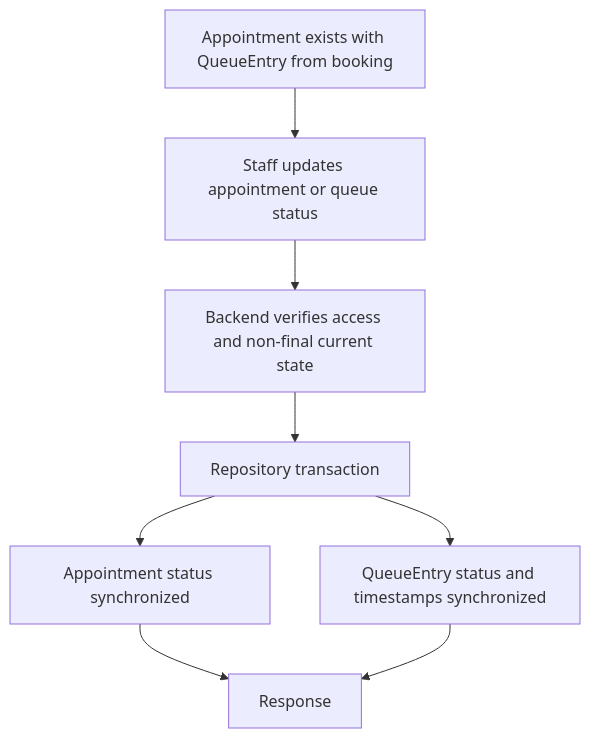
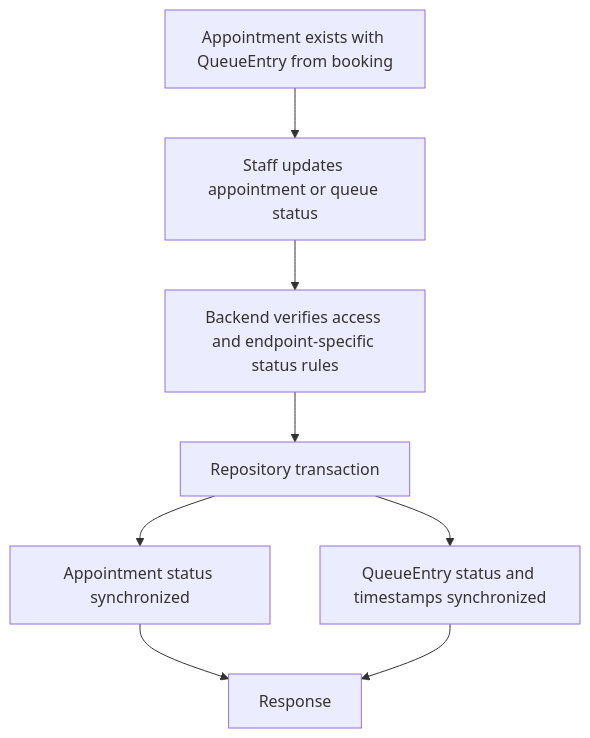
Diagram 11 of 15 in docs/HLD.md (garvitsingh171/pravaah), drawn with Mermaid before and after one commit. The commit also changed other lines of this file and 10 other files, not shown here.

````diff
--- a/docs/HLD.md
+++ b/docs/HLD.md
@@ -558,10 +558,10 @@
 ```mermaid
 flowchart TD
     A[Appointment exists with QueueEntry from booking] --> B[Staff updates appointment or queue status]
-    B --> C[Backend verifies access and non-final current state]
+    B --> C[Backend verifies access and endpoint-specific status rules]
     C --> D[Repository transaction]
     D --> E[Appointment status synchronized]
     D --> F[QueueEntry status and timestamps synchronized]
     E --> G[Response]
     F --> G
 ```
````
